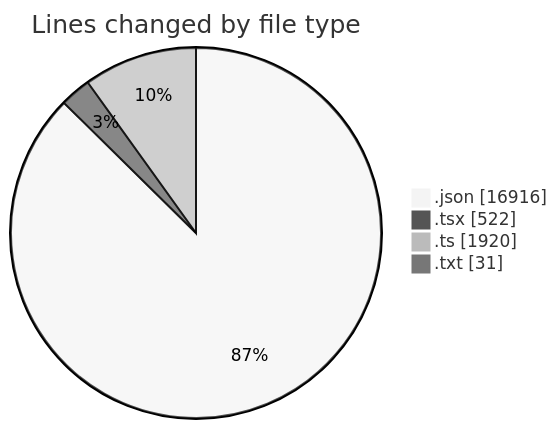
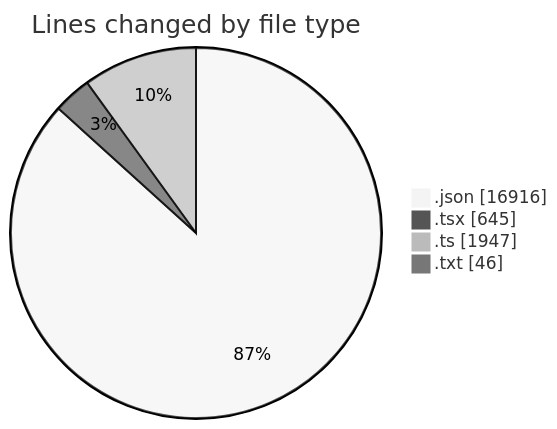
The first of 2 diagrams in 2025-05-26/ecodeli-1/README.md (CELIANVF/code-tracking), drawn with Mermaid (neutral theme) before and after one commit. The commit also changed other lines of this file and 1 other file, not shown here.

````diff
--- a/2025-05-26/ecodeli-1/README.md
+++ b/2025-05-26/ecodeli-1/README.md
@@ -27,8 +28,8 @@
 ```mermaid
 pie showData
 title Lines changed by file type
 ".json" : 16916
-".tsx" : 522
-".ts" : 1920
-".txt" : 31
+".tsx" : 645
+".ts" : 1947
+".txt" : 46
 ```
````
